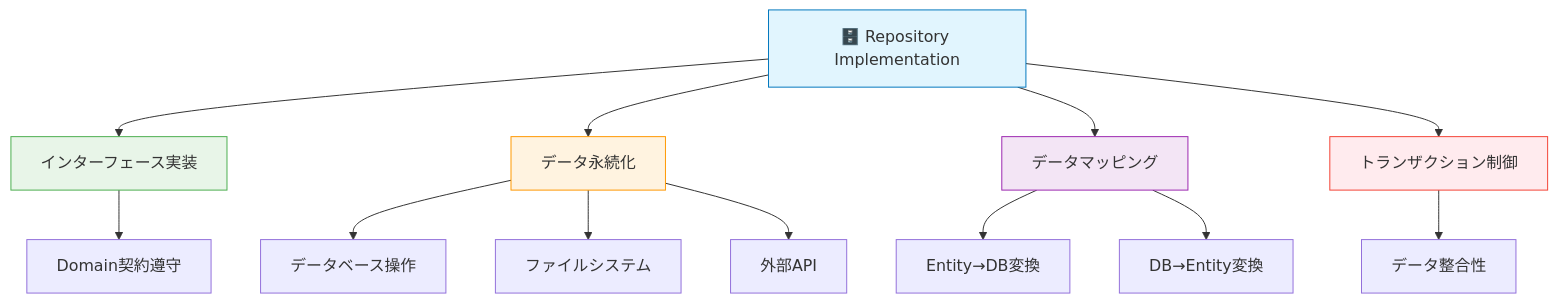
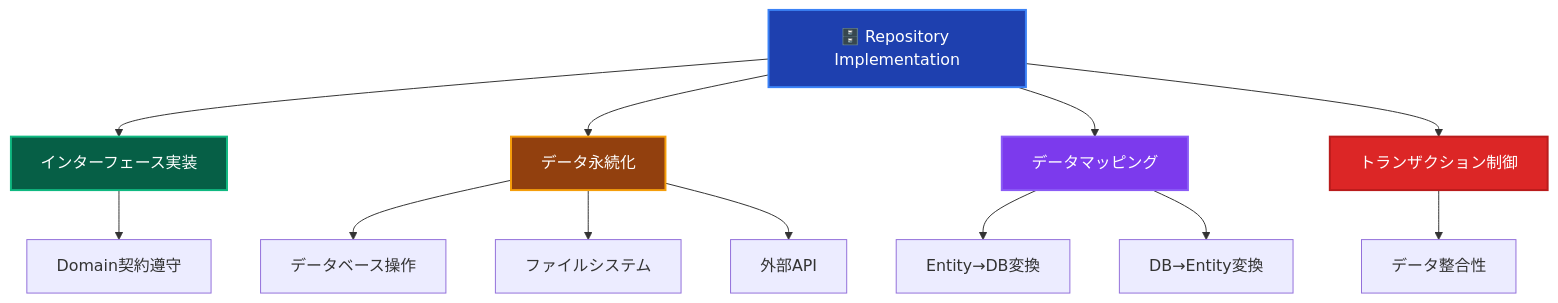
Before and after one commit to derushio/d-next-ddd-example: the first of 2 diagrams in _DOCS/guides/ddd/layers/components/repository-implementations.md, drawn with Mermaid. The commit also changed 31 other files, not shown here.

Commit message:
🎨: DOCSのMermaid図表カラーテーマを暗色に統一し視認性を向上

````diff
--- a/_DOCS/guides/ddd/layers/components/repository-implementations.md
+++ b/_DOCS/guides/ddd/layers/components/repository-implementations.md
@@ -13,21 +13,21 @@
 ```mermaid
 graph TD
     REPO_IMPL[🗄️ Repository Implementation] --> INTERFACE[インターフェース実装]
     REPO_IMPL --> PERSISTENCE[データ永続化]
     REPO_IMPL --> MAPPING[データマッピング]
     REPO_IMPL --> TRANSACTION[トランザクション制御]
     
     INTERFACE --> DOMAIN_CONTRACT[Domain契約遵守]
     PERSISTENCE --> DATABASE[データベース操作]
     PERSISTENCE --> FILE_SYSTEM[ファイルシステム]
     PERSISTENCE --> EXTERNAL_API[外部API]
     MAPPING --> ENTITY_TO_DATA[Entity→DB変換]
     MAPPING --> DATA_TO_ENTITY[DB→Entity変換]
     TRANSACTION --> CONSISTENCY[データ整合性]
     
-    style REPO_IMPL fill:#e1f5fe,stroke:#0277bd
-    style INTERFACE fill:#e8f5e8,stroke:#4caf50
-    style PERSISTENCE fill:#fff3e0,stroke:#ff9800
-    style MAPPING fill:#f3e5f5,stroke:#9c27b0
-    style TRANSACTION fill:#ffebee,stroke:#f44336
+    style REPO_IMPL fill:#1e40af,stroke:#3b82f6,stroke-width:2px,color:#ffffff
+    style INTERFACE fill:#065f46,stroke:#10b981,stroke-width:2px,color:#ffffff
+    style PERSISTENCE fill:#92400e,stroke:#f59e0b,stroke-width:2px,color:#ffffff
+    style MAPPING fill:#7c3aed,stroke:#8b5cf6,stroke-width:2px,color:#ffffff
+    style TRANSACTION fill:#dc2626,stroke:#b91c1c,stroke-width:2px,color:#ffffff
 ```
````
